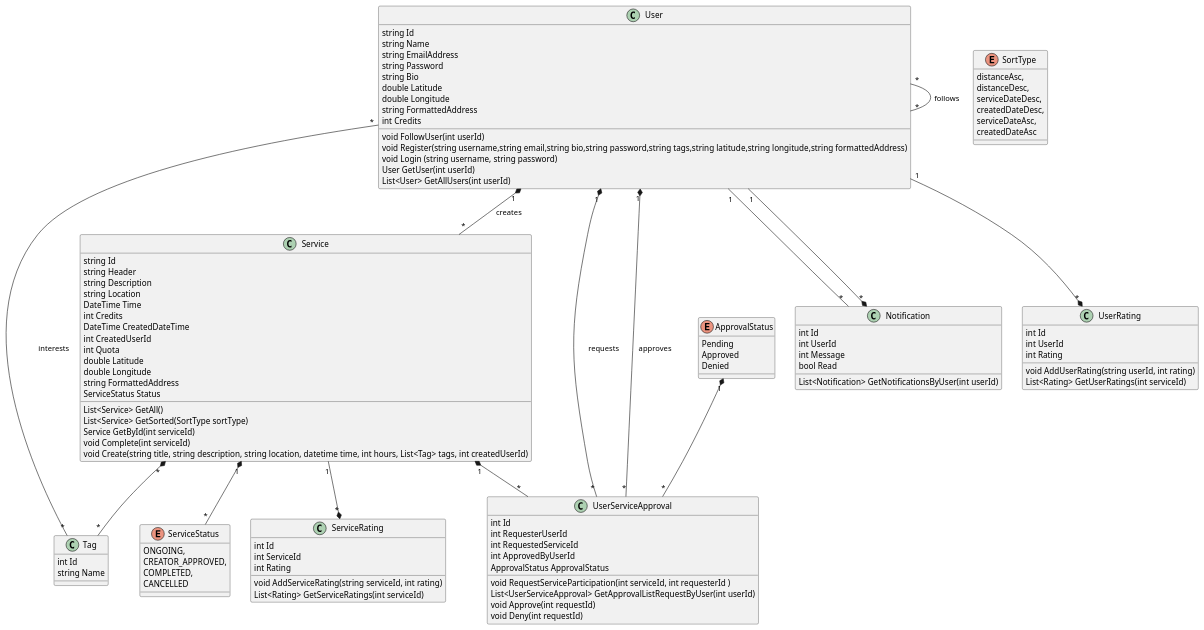
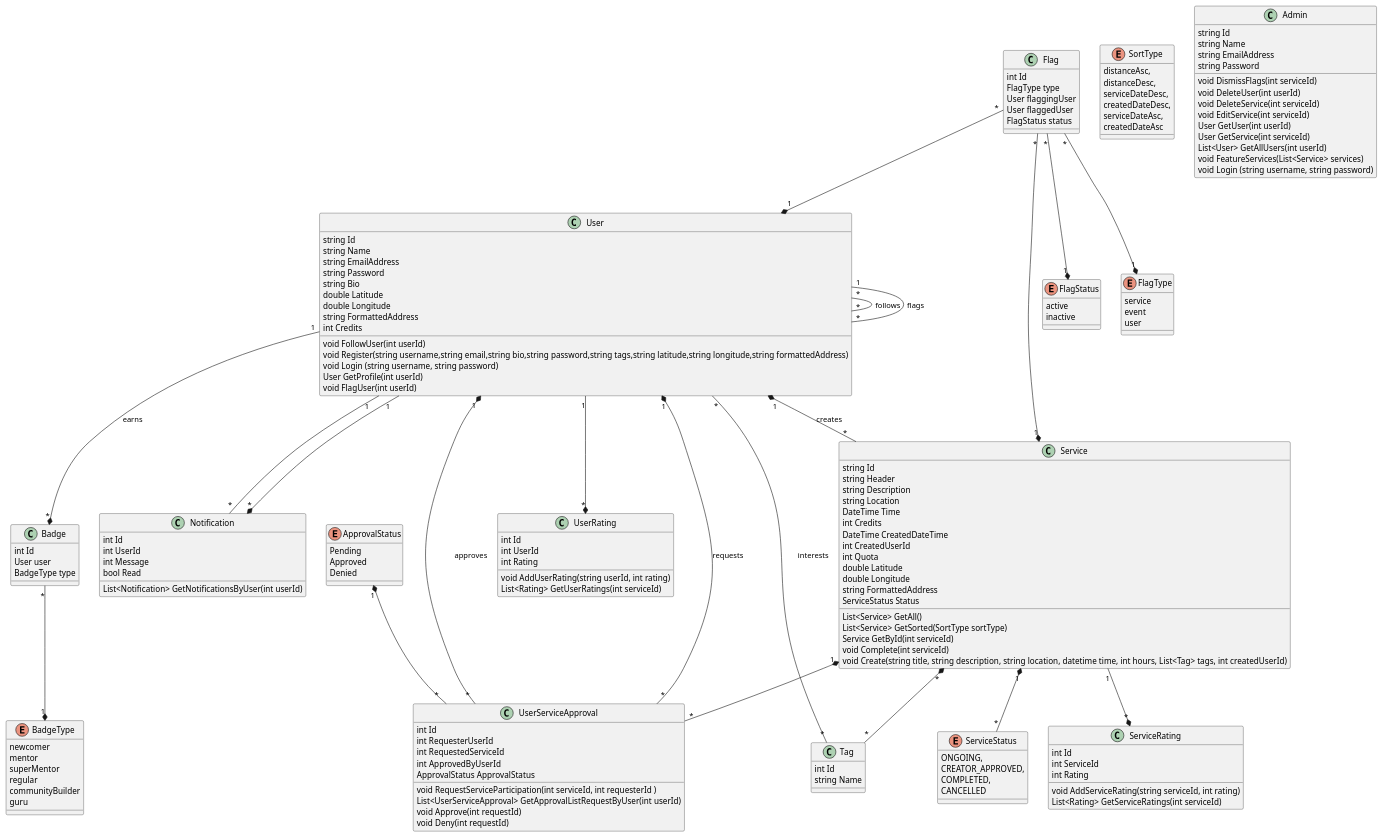
The diagram in diagrams/class-diagram.puml (zeyneplervesarp/swe574-javagang), drawn with PlantUML before and after one commit. The commit also changed 2 other files, not shown here.

Commit message:
updated the class diagram and added image

```diff
--- a/diagrams/class-diagram.puml
+++ b/diagrams/class-diagram.puml
@@ -1,135 +1,200 @@
 @startuml Class
 class User {
     string Id
     string Name
     string EmailAddress
     string Password
     string Bio
     double Latitude
     double Longitude
     string FormattedAddress
     int Credits
    
     void FollowUser(int userId)
     void Register(string username,string email,string bio,string password,string tags,string latitude,string longitude,string formattedAddress)
     void Login (string username, string password)
-    User GetUser(int userId)
-    List<User> GetAllUsers(int userId)
+    User GetProfile(int userId)
+    void FlagUser(int userId)
 
 }
 
 
 User "1" *-- "*" Service : creates
+
 User "*" -- "*" User : follows
+User "1" -- "*" User : flags
 User "*" -- "*" Tag : interests
 User "1" -- "*" Notification
 
 
 class Service {
     string Id
     string Header
     string Description
     string Location
     DateTime Time
     int Credits
     DateTime CreatedDateTime
     int CreatedUserId
     int Quota    
     double Latitude
     double Longitude
     string FormattedAddress
     ServiceStatus Status
     List<Service> GetAll()
     List<Service> GetSorted(SortType sortType)
     Service GetById(int serviceId)
     void Complete(int serviceId)
     void Create(string title, string description, string location, datetime time, int hours, List<Tag> tags, int createdUserId)
    
 }
 
 Service "*" *-- "*" Tag 
 Service "1" *-- "*" ServiceStatus 
 
 enum ServiceStatus
 {
     ONGOING,
     CREATOR_APPROVED,
     COMPLETED,
     CANCELLED
 }
 
 enum SortType
 {
     distanceAsc,
     distanceDesc,
     serviceDateDesc,
     createdDateDesc,
     serviceDateAsc,
     createdDateAsc
 }
 
 class Tag{
     int Id
     string Name
 }
 
 class UserServiceApproval{
     int Id
     int RequesterUserId
     int RequestedServiceId
     int ApprovedByUserId
     ApprovalStatus ApprovalStatus
     void RequestServiceParticipation(int serviceId, int requesterId )
     List<UserServiceApproval> GetApprovalListRequestByUser(int userId)
     void Approve(int requestId)
     void Deny(int requestId)
 }
 User "1" *-- "*" UserServiceApproval : requests
 Service "1" *-- "*" UserServiceApproval
 User "1" *-- "*" UserServiceApproval : approves
 ApprovalStatus "1" *-- "*" UserServiceApproval
 
 enum ApprovalStatus {
     Pending
     Approved
     Denied
 }
 
 class Notification {
     int Id
     int UserId
     int Message
     bool Read
     List<Notification> GetNotificationsByUser(int userId)
 
 }
 
 
 User "1" --* "*" Notification
 
 
 class UserRating {
     int Id
     int UserId
     int Rating
     void AddUserRating(string userId, int rating)
     List<Rating> GetUserRatings(int serviceId)
 
 }
 
 User "1" --* "*" UserRating
 
 
 class ServiceRating {
     int Id
     int ServiceId
     int Rating
     void AddServiceRating(string serviceId, int rating)
     List<Rating> GetServiceRatings(int serviceId)
 
 }
 Service "1" --* "*" ServiceRating 
 
+class Admin {
+    string Id
+    string Name
+    string EmailAddress
+    string Password
+
+  
+   
+    void DismissFlags(int serviceId)
+    void DeleteUser(int userId)
+    void DeleteService(int serviceId)
+    void EditService(int serviceId)
+    User GetUser(int userId)
+    User GetService(int serviceId)
+    List<User> GetAllUsers(int userId)
+    void FeatureServices(List<Service> services)
+    void Login (string username, string password)    
+
+}
+
+enum BadgeType {
+    newcomer
+    mentor
+    superMentor
+    regular
+    communityBuilder
+    guru
+    
+}
+
+class Badge {
+    int Id
+    User user
+    BadgeType type
+}
+
+Badge "*" --* "1" BadgeType 
+User "1" --* "*" Badge: earns 
+
+enum FlagStatus {
+    active
+    inactive
+}
+
+enum FlagType {
+    service
+    event
+    user
+}
+
+class Flag {
+    int Id
+    FlagType type
+    User flaggingUser
+    User flaggedUser
+    FlagStatus status
+}
+
+Flag "*" --* "1" FlagType 
+Flag "*" --* "1" FlagStatus 
+Flag "*" --* "1" Service 
+Flag "*" --* "1" User 
+
 
 
 @enduml
```
